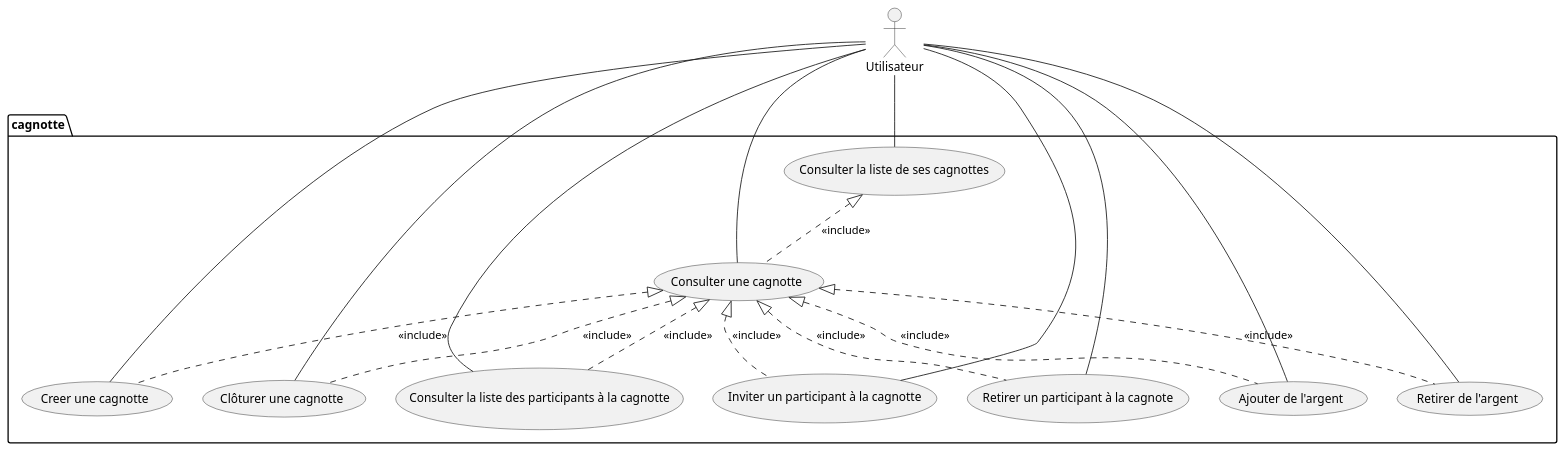
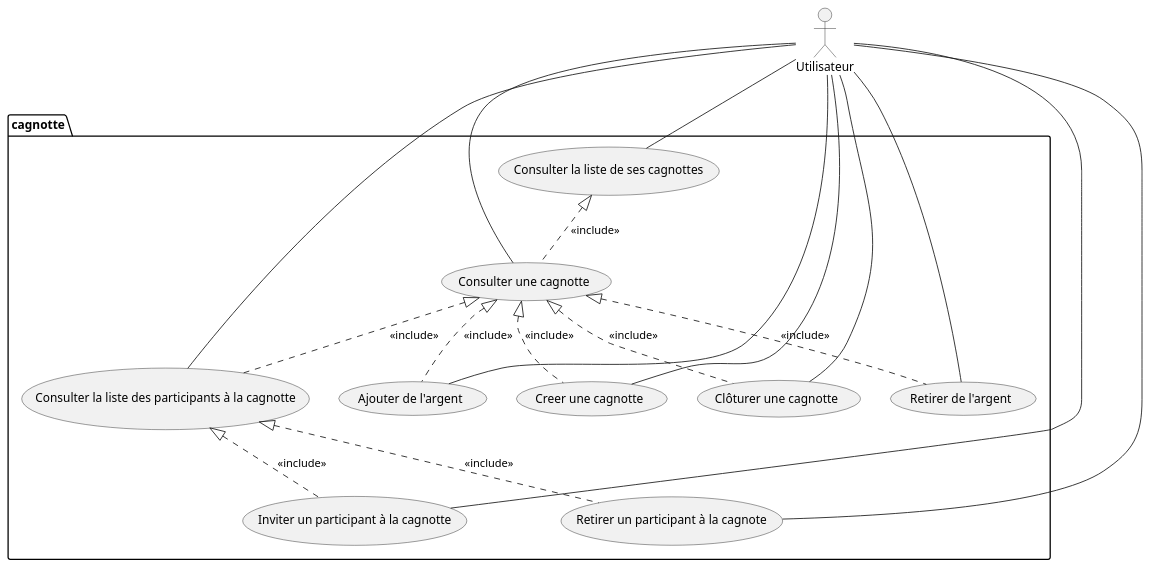
Before and after one commit to lmtb06/sharecount: the diagram in diagrammes/specification/cas-utilisation/cagnotte.puml, drawn with PlantUML. The commit also changed 39 other files, not shown here.

Commit message:
-Modification diagramme de séquence de: +package administration +package cagnotte terminé

```diff
--- a/diagrammes/specification/cas-utilisation/cagnotte.puml
+++ b/diagrammes/specification/cas-utilisation/cagnotte.puml
@@ -1,36 +1,36 @@
 @startuml
 
 actor "Utilisateur" as user
 
 package cagnotte {
 	usecase "Consulter la liste de ses cagnottes" as clc
 	usecase "Consulter une cagnotte" as couc
 	usecase "Creer une cagnotte" as cc
 	usecase "Clôturer une cagnotte" as cuc
 	usecase "Consulter la liste des participants à la cagnotte" as clpc
 	usecase "Inviter un participant à la cagnotte" as ipc
 	usecase "Retirer un participant à la cagnote" as rpc
 	usecase "Ajouter de l'argent" as aa
 	usecase "Retirer de l'argent" as ra
 }
 '	appartenance
 	user 	--	clc
 	user 	--	couc
 	user 	-	cc
 	user 	-	cuc
 	user 	-	clpc
 	user 	-	ipc
 	user 	-	rpc
 	user 	-	aa
 	user 	-	ra
 
 '	includes
 	clc 	<|.. couc  	: <<include>>
 	couc 	<|.. cc  		: <<include>>
 	couc 	<|.. cuc 		: <<include>>
 	couc 	<|.. aa  		: <<include>>
 	couc 	<|.. ra  		: <<include>>
-	couc 	<|.. rpc  		: <<include>>
-	couc 	<|.. ipc  		: <<include>>
+	clpc 	<|.. rpc  		: <<include>>
+	clpc 	<|.. ipc  		: <<include>>
 	couc 	<|.. clpc  	: <<include>>
 @enduml
```
